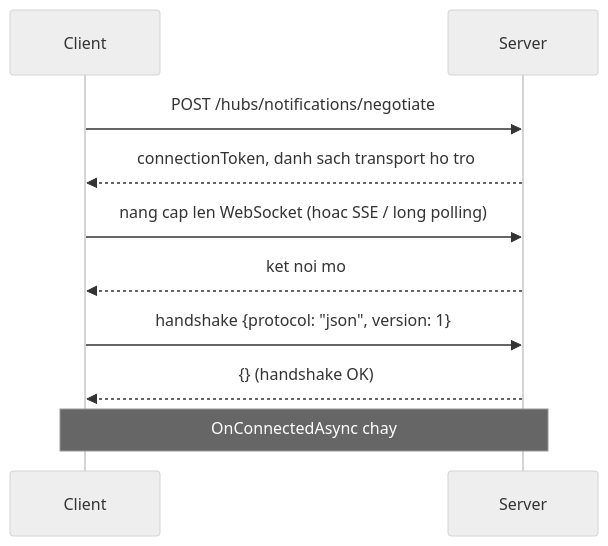
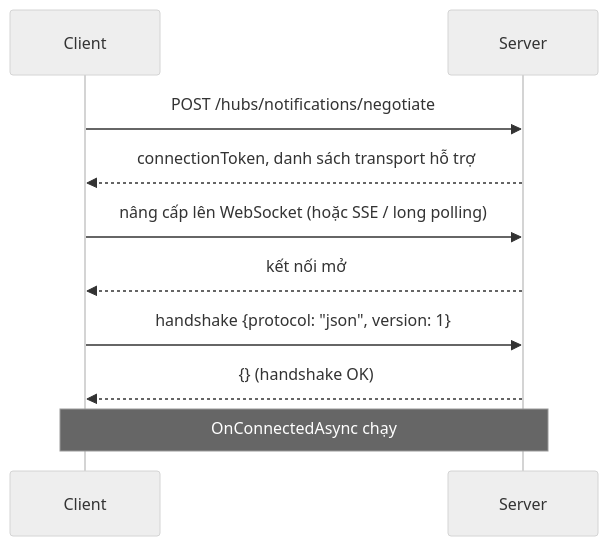
One commit to TienNHM/dotnet-course changed the diagram in lessons/stage-03-aspnet-core-backend/module-11-signalr/11.2-signalr-architecture.md. Above: the diagram before and after it, drawn with Mermaid (neutral theme). The commit also changed other lines of this file and 30 other files, not shown here.

````diff
--- a/lessons/stage-03-aspnet-core-backend/module-11-signalr/11.2-signalr-architecture.md
+++ b/lessons/stage-03-aspnet-core-backend/module-11-signalr/11.2-signalr-architecture.md
@@ -19,12 +21,12 @@
 ```mermaid
 sequenceDiagram
     participant C as Client
     participant S as Server
     C->>S: POST /hubs/notifications/negotiate
-    S-->>C: connectionToken, danh sach transport ho tro
-    C->>S: nang cap len WebSocket (hoac SSE / long polling)
-    S-->>C: ket noi mo
+    S-->>C: connectionToken, danh sách transport hỗ trợ
+    C->>S: nâng cấp lên WebSocket (hoặc SSE / long polling)
+    S-->>C: kết nối mở
     C->>S: handshake {protocol: "json", version: 1}
     S-->>C: {} (handshake OK)
-    Note over C,S: OnConnectedAsync chay
+    Note over C,S: OnConnectedAsync chạy
 ```
````
